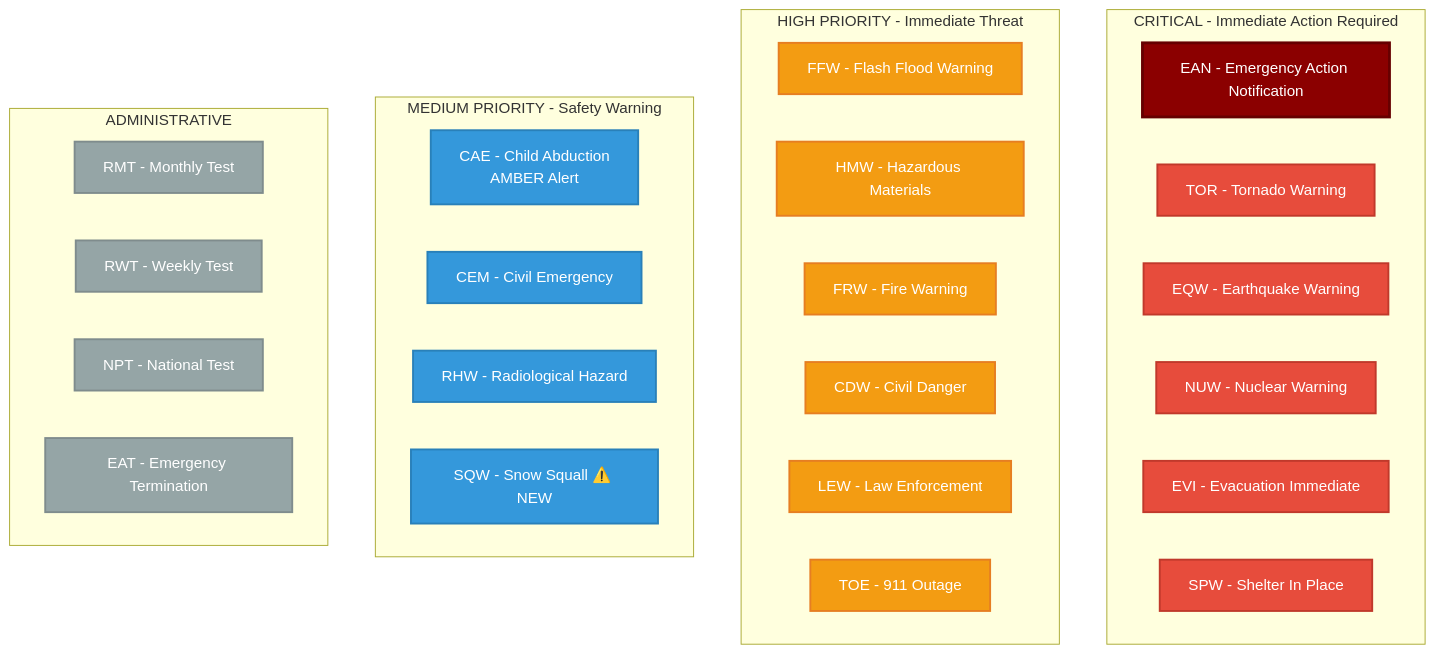
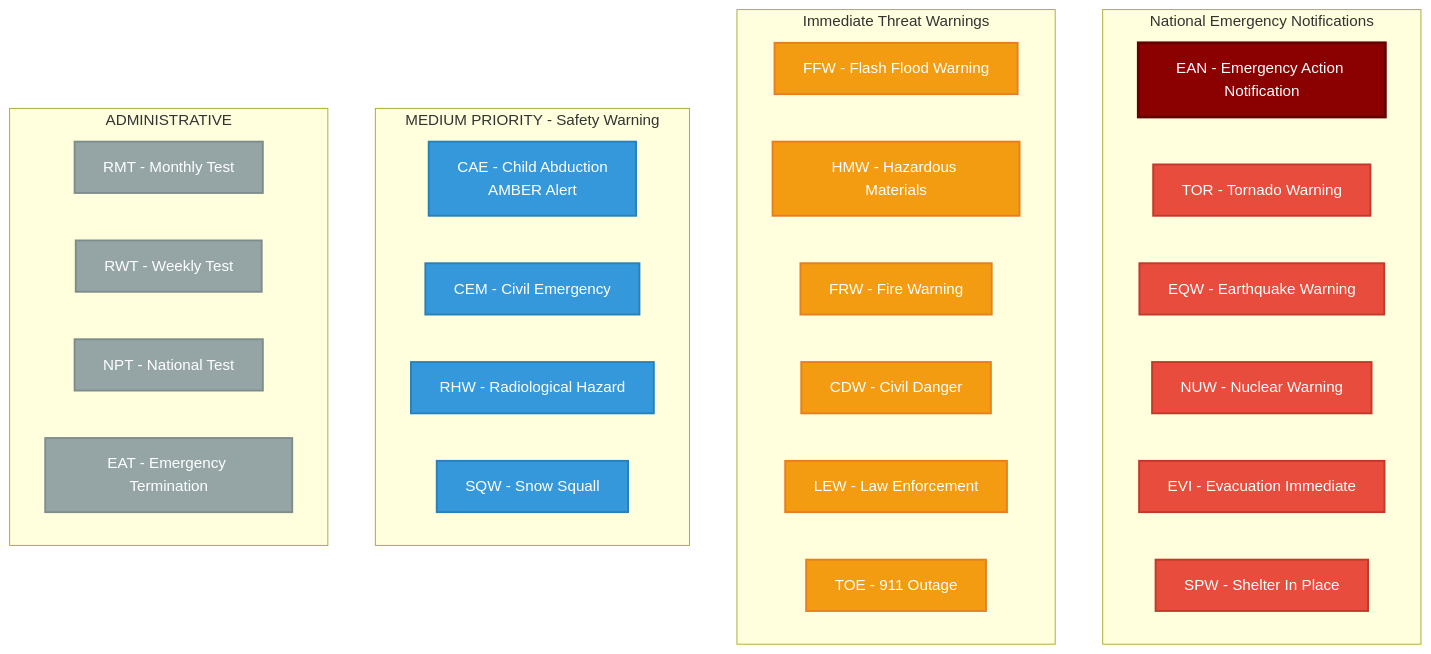
The fourth of 18 diagrams in docs/reference/OHIO_EAS_DOCUMENTATION.md (KR8MER/eas-station), drawn with Mermaid before and after one commit. The commit also changed other lines of this file, not shown here.

````diff
--- a/docs/reference/OHIO_EAS_DOCUMENTATION.md
+++ b/docs/reference/OHIO_EAS_DOCUMENTATION.md
@@ -152,58 +149,58 @@
 ```mermaid
 graph TB
-    subgraph "CRITICAL - Immediate Action Required"
+    subgraph "National Emergency Notifications"
         EAN[EAN - Emergency Action Notification]
         TOR[TOR - Tornado Warning]
         EQW[EQW - Earthquake Warning]
         NUW[NUW - Nuclear Warning]
         EVI[EVI - Evacuation Immediate]
         SPW[SPW - Shelter In Place]
     end
-    
-    subgraph "HIGH PRIORITY - Immediate Threat"
+
+    subgraph "Immediate Threat Warnings"
         FFW[FFW - Flash Flood Warning]
         HMW[HMW - Hazardous Materials]
         FRW[FRW - Fire Warning]
         CDW[CDW - Civil Danger]
         LEW[LEW - Law Enforcement]
         TOE[TOE - 911 Outage]
     end
     
     subgraph "MEDIUM PRIORITY - Safety Warning"
         CAE[CAE - Child Abduction<br>AMBER Alert]
         CEM[CEM - Civil Emergency]
         RHW[RHW - Radiological Hazard]
-        SQW[SQW - Snow Squall ⚠️ NEW]
+        SQW[SQW - Snow Squall ]
     end
     
     subgraph "ADMINISTRATIVE"
         RMT[RMT - Monthly Test]
         RWT[RWT - Weekly Test]
         NPT[NPT - National Test]
         EAT[EAT - Emergency Termination]
     end
     
     style EAN fill:#8b0000,stroke:#600,stroke-width:3px,color:#fff
     style TOR fill:#e74c3c,stroke:#c0392b,stroke-width:2px,color:#fff
     style EQW fill:#e74c3c,stroke:#c0392b,stroke-width:2px,color:#fff
     style NUW fill:#e74c3c,stroke:#c0392b,stroke-width:2px,color:#fff
     style EVI fill:#e74c3c,stroke:#c0392b,stroke-width:2px,color:#fff
     style SPW fill:#e74c3c,stroke:#c0392b,stroke-width:2px,color:#fff
     
     style FFW fill:#f39c12,stroke:#e67e22,stroke-width:2px,color:#fff
     style HMW fill:#f39c12,stroke:#e67e22,stroke-width:2px,color:#fff
     style FRW fill:#f39c12,stroke:#e67e22,stroke-width:2px,color:#fff
     style CDW fill:#f39c12,stroke:#e67e22,stroke-width:2px,color:#fff
     style LEW fill:#f39c12,stroke:#e67e22,stroke-width:2px,color:#fff
     style TOE fill:#f39c12,stroke:#e67e22,stroke-width:2px,color:#fff
     
     style CAE fill:#3498db,stroke:#2980b9,stroke-width:2px,color:#fff
     style CEM fill:#3498db,stroke:#2980b9,stroke-width:2px,color:#fff
     style RHW fill:#3498db,stroke:#2980b9,stroke-width:2px,color:#fff
     style SQW fill:#3498db,stroke:#2980b9,stroke-width:2px,color:#fff
     
     style RMT fill:#95a5a6,stroke:#7f8c8d,stroke-width:2px,color:#fff
     style RWT fill:#95a5a6,stroke:#7f8c8d,stroke-width:2px,color:#fff
     style NPT fill:#95a5a6,stroke:#7f8c8d,stroke-width:2px,color:#fff
     style EAT fill:#95a5a6,stroke:#7f8c8d,stroke-width:2px,color:#fff
 ```
````
